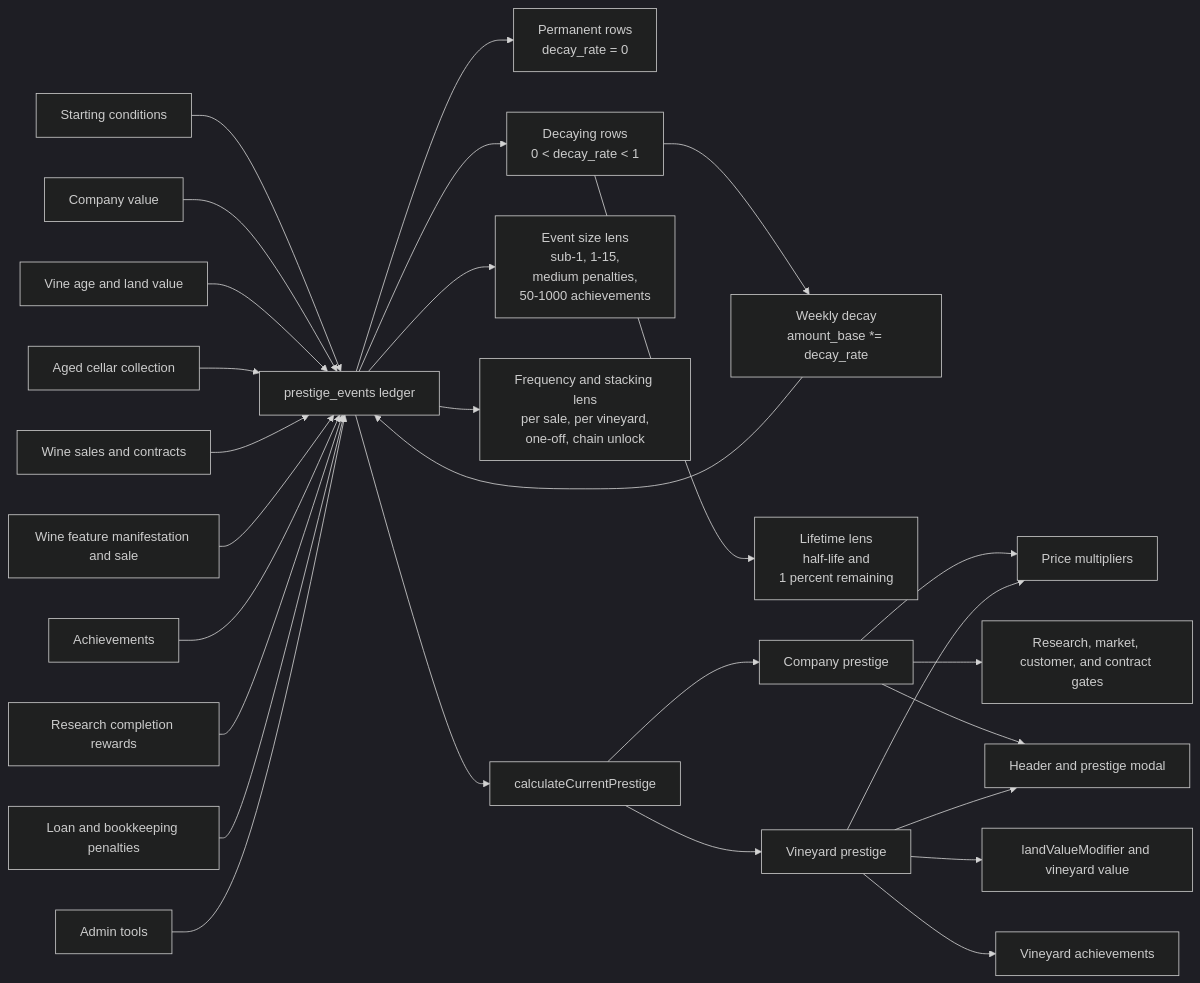
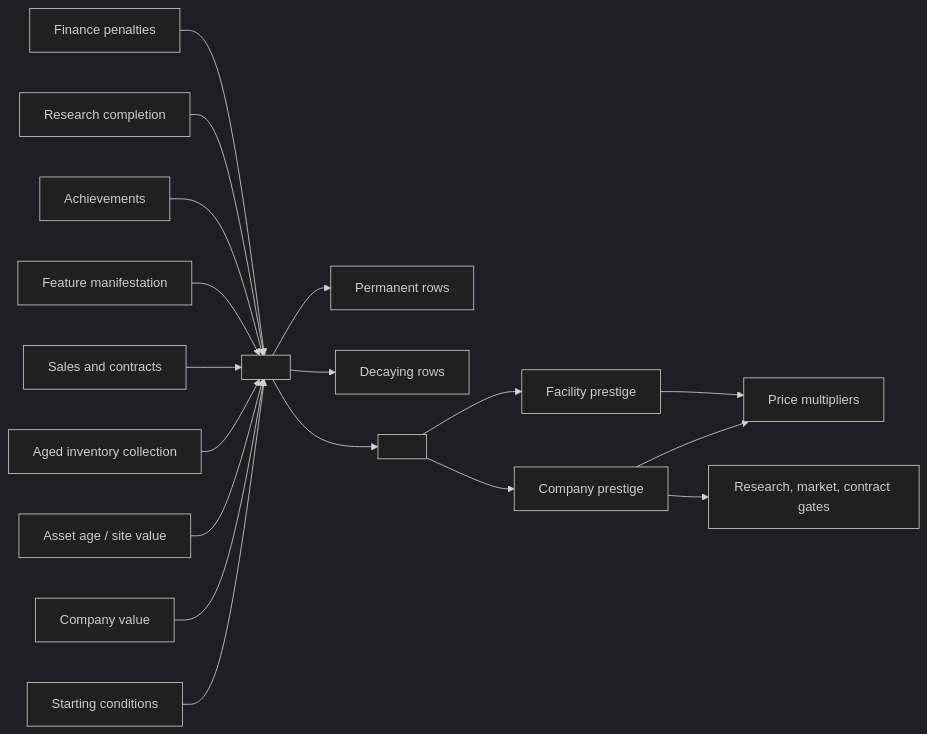
The eighth of 10 diagrams in docs/VariableRelationshipMap.md (gram12321/protoproduction), drawn with Mermaid (dark theme) before and after one commit. The commit also changed other lines of this file and 15 other files, not shown here.

````diff
--- a/docs/VariableRelationshipMap.md
+++ b/docs/VariableRelationshipMap.md
@@ -191,33 +197,21 @@
 ```mermaid
 flowchart LR
-  START["Starting conditions"] --> PE["prestige_events ledger"]
+  START["Starting conditions"] --> PE["<prestigeLedger>"]
   VALUE["Company value"] --> PE
-  VBASE["Vine age and land value"] --> PE
-  CELLAR["Aged cellar collection"] --> PE
-  SALES["Wine sales and contracts"] --> PE
-  FEATURES["Wine feature manifestation and sale"] --> PE
+  ASSET["Asset age / site value"] --> PE
+  STOCK["Aged inventory collection"] --> PE
+  SALES["Sales and contracts"] --> PE
+  FEAT["Feature manifestation"] --> PE
   ACH["Achievements"] --> PE
-  RESEARCH["Research completion rewards"] --> PE
-  FIN["Loan and bookkeeping penalties"] --> PE
-  ADMIN["Admin tools"] --> PE
+  RES["Research completion"] --> PE
+  FIN["Finance penalties"] --> PE
 
-  PE --> PERM["Permanent rows\ndecay_rate = 0"]
-  PE --> DECAY["Decaying rows\n0 < decay_rate < 1"]
-  PE --> SIZE["Event size lens\nsub-1, 1-15,\nmedium penalties,\n50-1000 achievements"]
-  DECAY --> WEEKLY["Weekly decay\namount_base *= decay_rate"]
-  DECAY --> LIFE["Lifetime lens\nhalf-life and\n1 percent remaining"]
-  PE --> STACK["Frequency and stacking lens\nper sale, per vineyard,\none-off, chain unlock"]
-  WEEKLY --> PE
-
-  PE --> AGG["calculateCurrentPrestige"]
+  PE --> PERM["Permanent rows"]
+  PE --> DECAY["Decaying rows"]
+  PE --> AGG["<currentPrestige>"]
   AGG --> CP["Company prestige"]
-  AGG --> VP["Vineyard prestige"]
-
+  AGG --> FP["Facility prestige"]
   CP --> PRICE["Price multipliers"]
-  VP --> PRICE
-  VP --> LVM["landValueModifier and vineyard value"]
-  CP --> GATES["Research, market, customer, and contract gates"]
-  VP --> ACH2["Vineyard achievements"]
-  CP --> UI["Header and prestige modal"]
-  VP --> UI
+  FP --> PRICE
+  CP --> GATES["Research, market, contract gates"]
 ```
````
